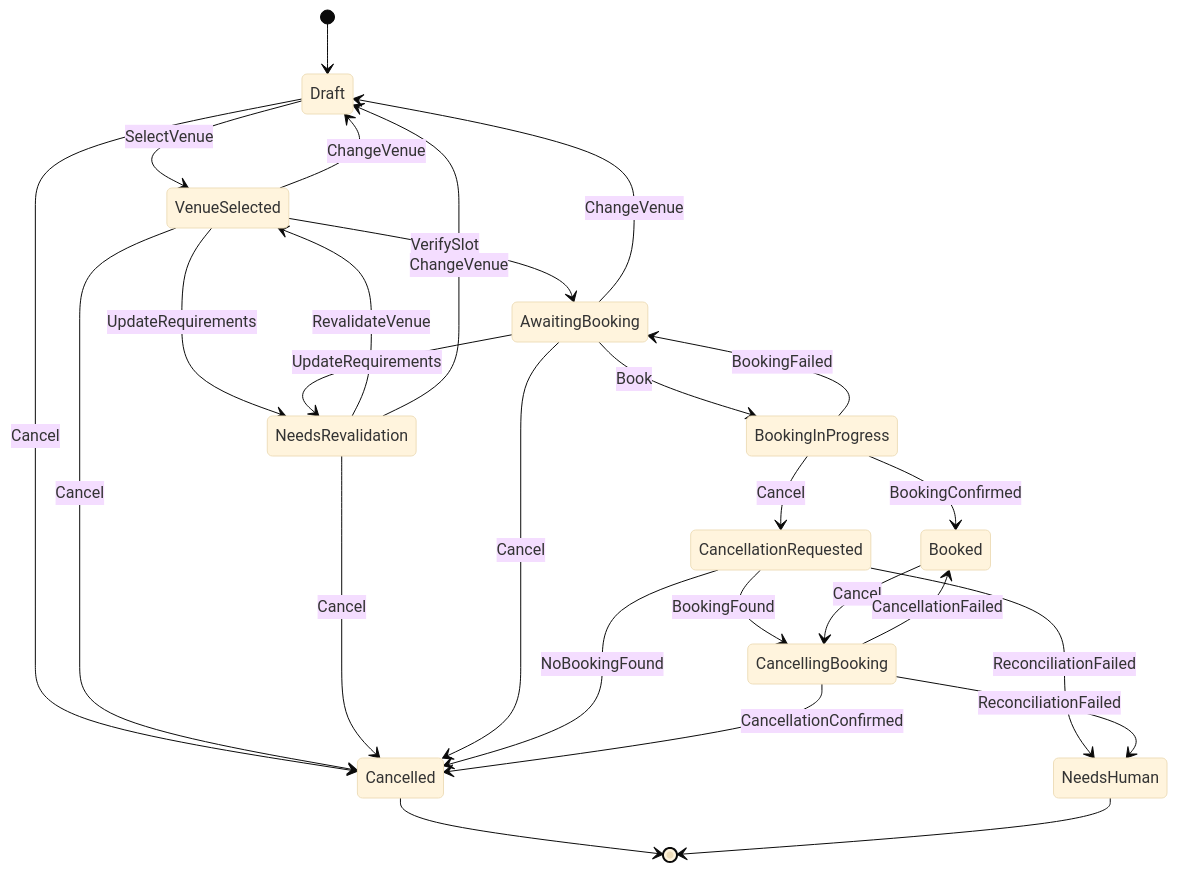
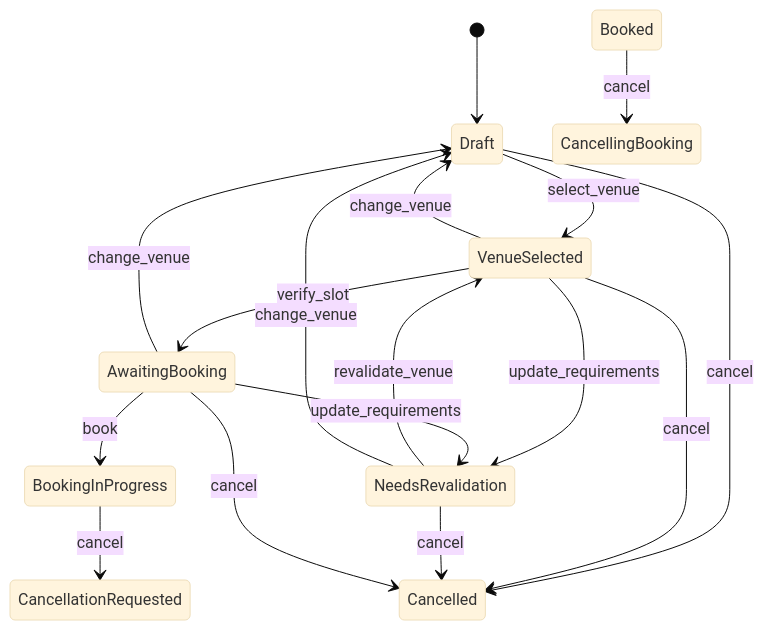
The first of 3 diagrams in docs/state-machine.md (saibaneer/bld-townhall), drawn with Mermaid (base theme) before and after one commit. The commit also changed other lines of this file and 1 other file, not shown here.

````diff
--- a/docs/state-machine.md
+++ b/docs/state-machine.md
@@ -5,36 +14,23 @@
 ```mermaid
 stateDiagram-v2
     [*] --> Draft
-    Draft --> VenueSelected: SelectVenue
-    Draft --> Cancelled: Cancel
+    Draft --> VenueSelected: select_venue
+    Draft --> Cancelled: cancel
 
-    VenueSelected --> AwaitingBooking: VerifySlot
-    VenueSelected --> Draft: ChangeVenue
-    VenueSelected --> NeedsRevalidation: UpdateRequirements
-    VenueSelected --> Cancelled: Cancel
+    VenueSelected --> AwaitingBooking: verify_slot
+    VenueSelected --> Draft: change_venue
+    VenueSelected --> NeedsRevalidation: update_requirements
+    VenueSelected --> Cancelled: cancel
 
-    NeedsRevalidation --> VenueSelected: RevalidateVenue
-    NeedsRevalidation --> Draft: ChangeVenue
-    NeedsRevalidation --> Cancelled: Cancel
+    NeedsRevalidation --> VenueSelected: revalidate_venue
+    NeedsRevalidation --> Draft: change_venue
+    NeedsRevalidation --> Cancelled: cancel
 
-    AwaitingBooking --> BookingInProgress: Book
-    AwaitingBooking --> Draft: ChangeVenue
-    AwaitingBooking --> NeedsRevalidation: UpdateRequirements
-    AwaitingBooking --> Cancelled: Cancel
+    AwaitingBooking --> BookingInProgress: book
+    AwaitingBooking --> Draft: change_venue
+    AwaitingBooking --> NeedsRevalidation: update_requirements
+    AwaitingBooking --> Cancelled: cancel
 
-    BookingInProgress --> Booked: BookingConfirmed
-    BookingInProgress --> AwaitingBooking: BookingFailed
-    BookingInProgress --> CancellationRequested: Cancel
-
-    CancellationRequested --> Cancelled: NoBookingFound
-    CancellationRequested --> CancellingBooking: BookingFound
-    CancellationRequested --> NeedsHuman: ReconciliationFailed
-
-    Booked --> CancellingBooking: Cancel
-    CancellingBooking --> Cancelled: CancellationConfirmed
-    CancellingBooking --> Booked: CancellationFailed
-    CancellingBooking --> NeedsHuman: ReconciliationFailed
-
-    Cancelled --> [*]
-    NeedsHuman --> [*]
+    BookingInProgress --> CancellationRequested: cancel
+    Booked --> CancellingBooking: cancel
 ```
````
